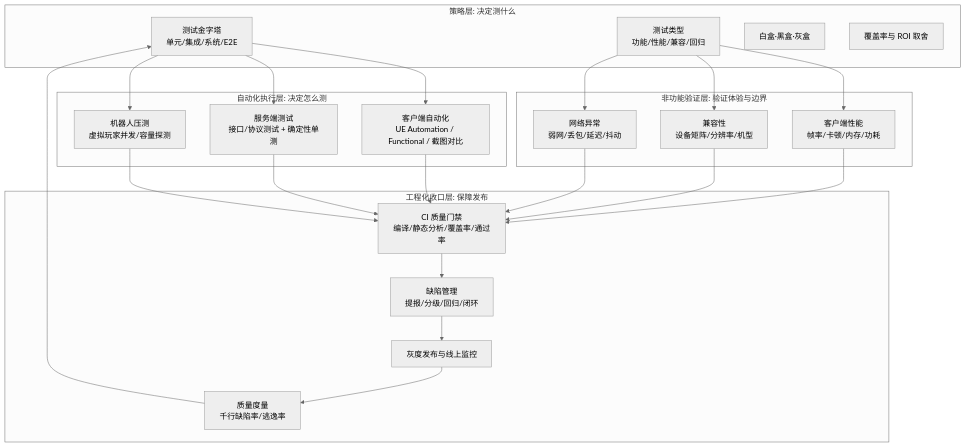
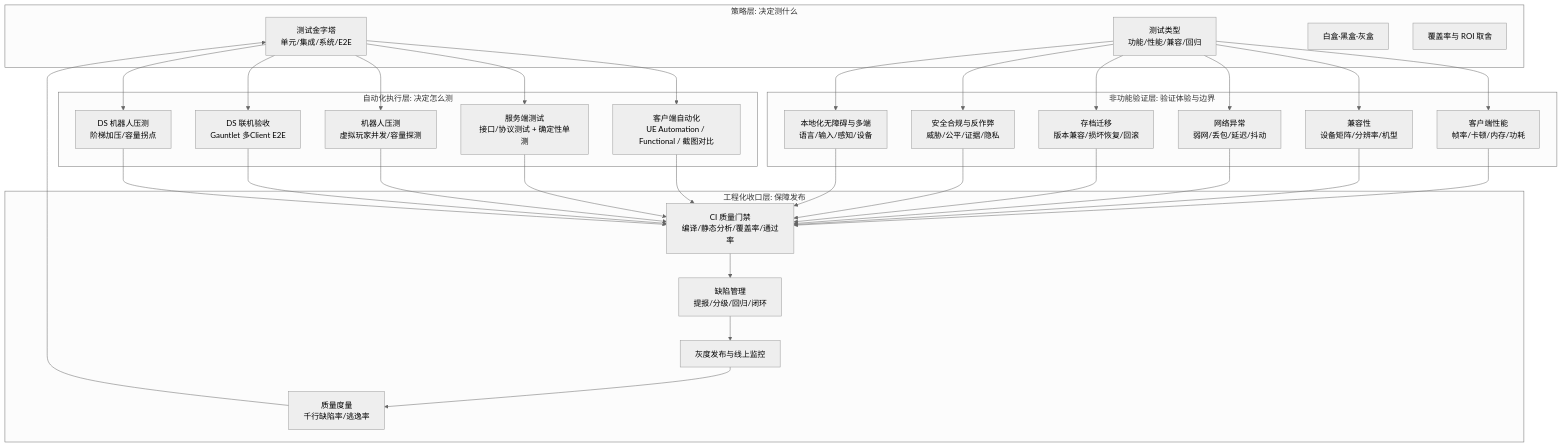
Before and after one commit to fantuan812/learning: the second of 2 diagrams in 游戏测试与质量/README.md, drawn with Mermaid (neutral theme). The commit also changed other lines of this file and 27 other files, not shown here.

````diff
--- a/游戏测试与质量/README.md
+++ b/游戏测试与质量/README.md
@@ -82,41 +100,56 @@
 ```mermaid
 flowchart TB
     subgraph S0[策略层: 决定测什么]
         A1[测试金字塔<br/>单元/集成/系统/E2E]
         A2[测试类型<br/>功能/性能/兼容/回归]
         A3[白盒·黑盒·灰盒]
         A4[覆盖率与 ROI 取舍]
     end
     subgraph S1[自动化执行层: 决定怎么测]
         B1[客户端自动化<br/>UE Automation / Functional / 截图对比]
         B2[服务端测试<br/>接口/协议测试 + 确定性单测]
         B3[机器人压测<br/>虚拟玩家并发/容量探测]
+        B4[DS 联机验收<br/>Gauntlet 多Client E2E]
+        B5[DS 机器人压测<br/>阶梯加压/容量拐点]
     end
     subgraph S2[非功能验证层: 验证体验与边界]
         C1[客户端性能<br/>帧率/卡顿/内存/功耗]
         C2[兼容性<br/>设备矩阵/分辨率/机型]
         C3[网络异常<br/>弱网/丢包/延迟/抖动]
+        C4[存档迁移<br/>版本兼容/损坏恢复/回滚]
+        C5[安全合规与反作弊<br/>威胁/公平/证据/隐私]
+        C6[本地化无障碍与多端<br/>语言/输入/感知/设备]
     end
     subgraph S3[工程化收口层: 保障发布]
         D1[CI 质量门禁<br/>编译/静态分析/覆盖率/通过率]
         D2[缺陷管理<br/>提报/分级/回归/闭环]
         D3[灰度发布与线上监控]
         D4[质量度量<br/>千行缺陷率/逃逸率]
     end
     A1 --> B1
     A1 --> B2
     A1 --> B3
+    A1 --> B4
+    A1 --> B5
     A2 --> C1
     A2 --> C2
     A2 --> C3
+    A2 --> C4
+    A2 --> C5
+    A2 --> C6
     B1 --> D1
     B2 --> D1
     B3 --> D1
+    B4 --> D1
+    B5 --> D1
     C1 --> D1
     C2 --> D1
     C3 --> D1
+    C4 --> D1
+    C5 --> D1
+    C6 --> D1
     D1 --> D2
     D2 --> D3
     D3 --> D4
     D4 --> A1
 ```
````
